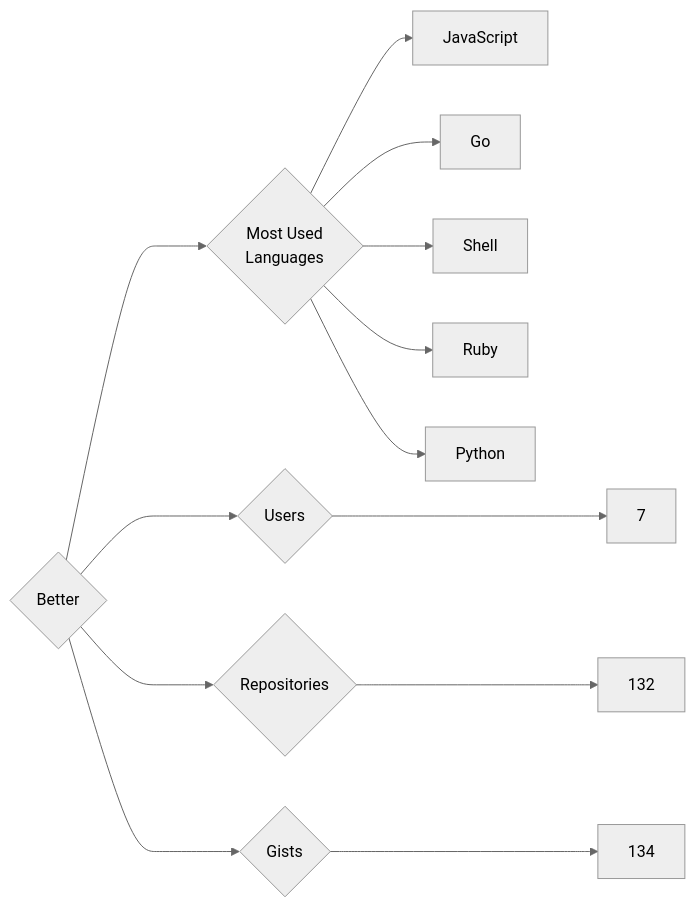
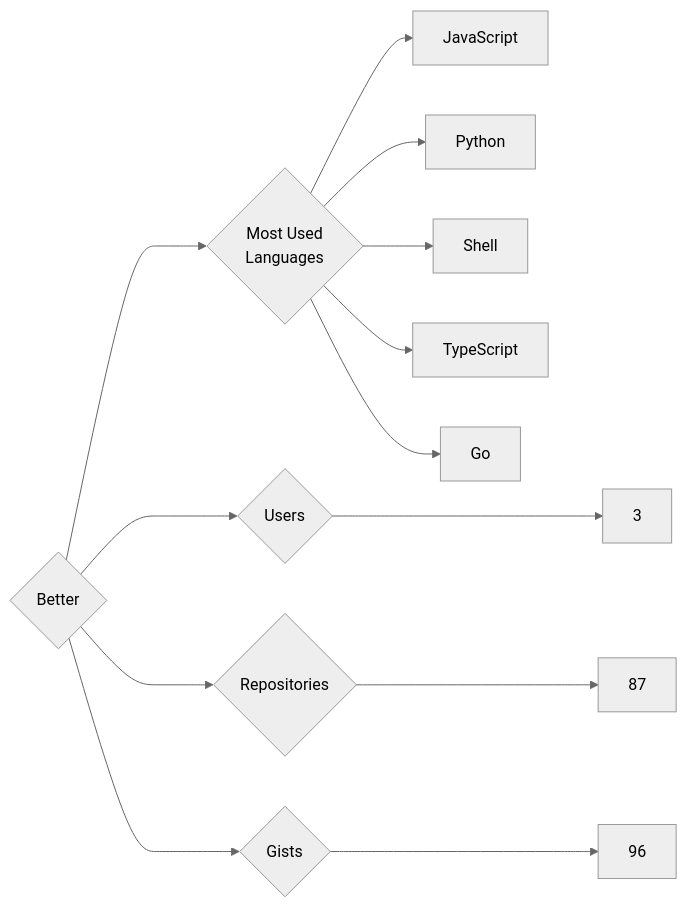
Before and after one commit to trickest/insiders: the diagram in targets/Better/README.md, drawn with Mermaid (neutral theme). The commit also changed 838 other files, not shown here.

````diff
--- a/targets/Better/README.md
+++ b/targets/Better/README.md
@@ -3,13 +3,13 @@
 ```mermaid
 graph LR
 COMPANY_NAME{Better}
-COMPANY_NAME ---> U{Users} ---> UN[7]
-COMPANY_NAME ---> R{Repositories} ---> RN[132]
-COMPANY_NAME ---> G{Gists} ---> GN[134]
+COMPANY_NAME ---> U{Users} ---> UN[3]
+COMPANY_NAME ---> R{Repositories} ---> RN[87]
+COMPANY_NAME ---> G{Gists} ---> GN[96]
 COMPANY_NAME ---> ML{Most Used<br>Languages}
 ML --> JavaScript[JavaScript]
+ML --> Python[Python]
+ML --> Shell[Shell]
+ML --> TypeScript[TypeScript]
 ML --> Go[Go]
-ML --> Shell[Shell]
-ML --> Ruby[Ruby]
-ML --> Python[Python]
 ```
````
